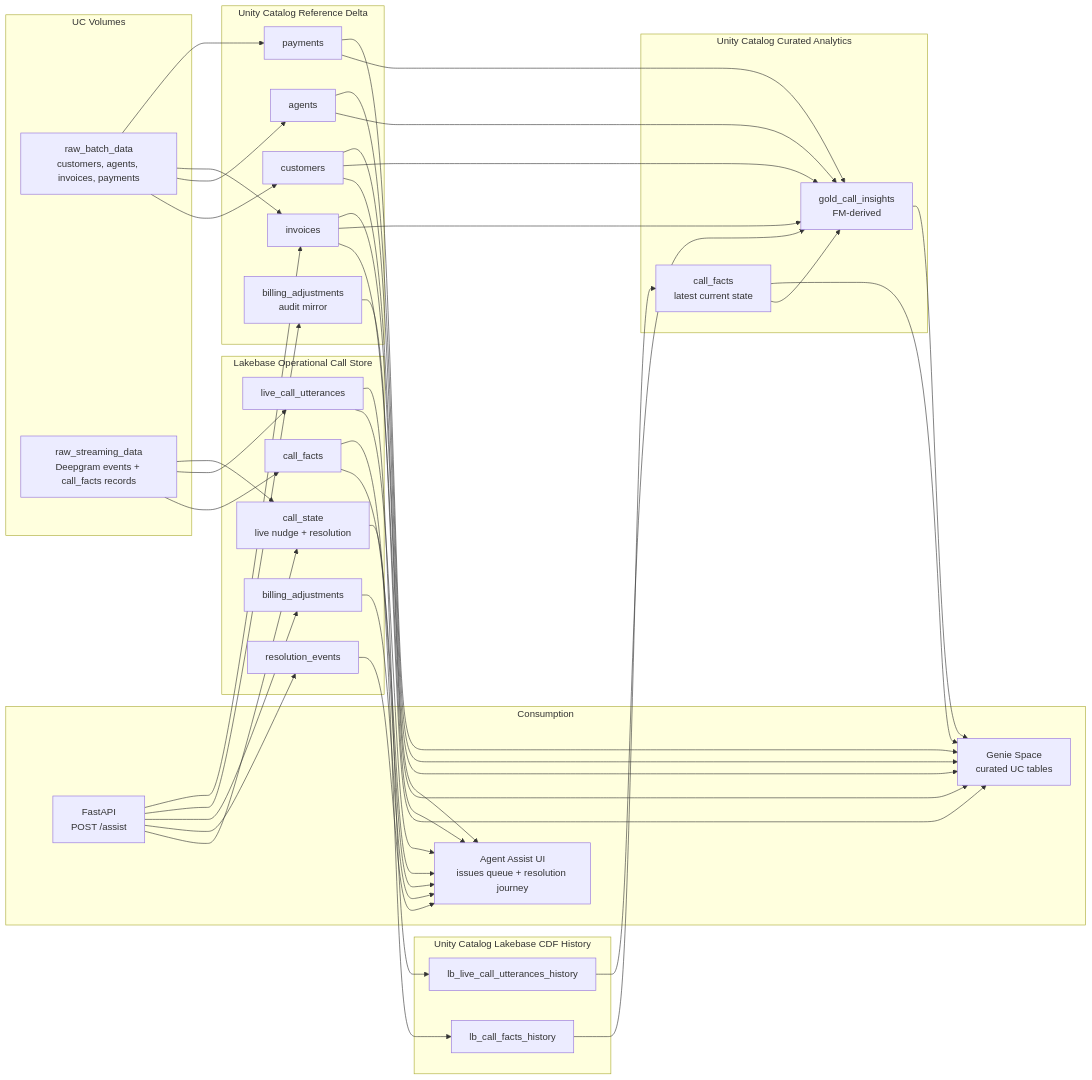
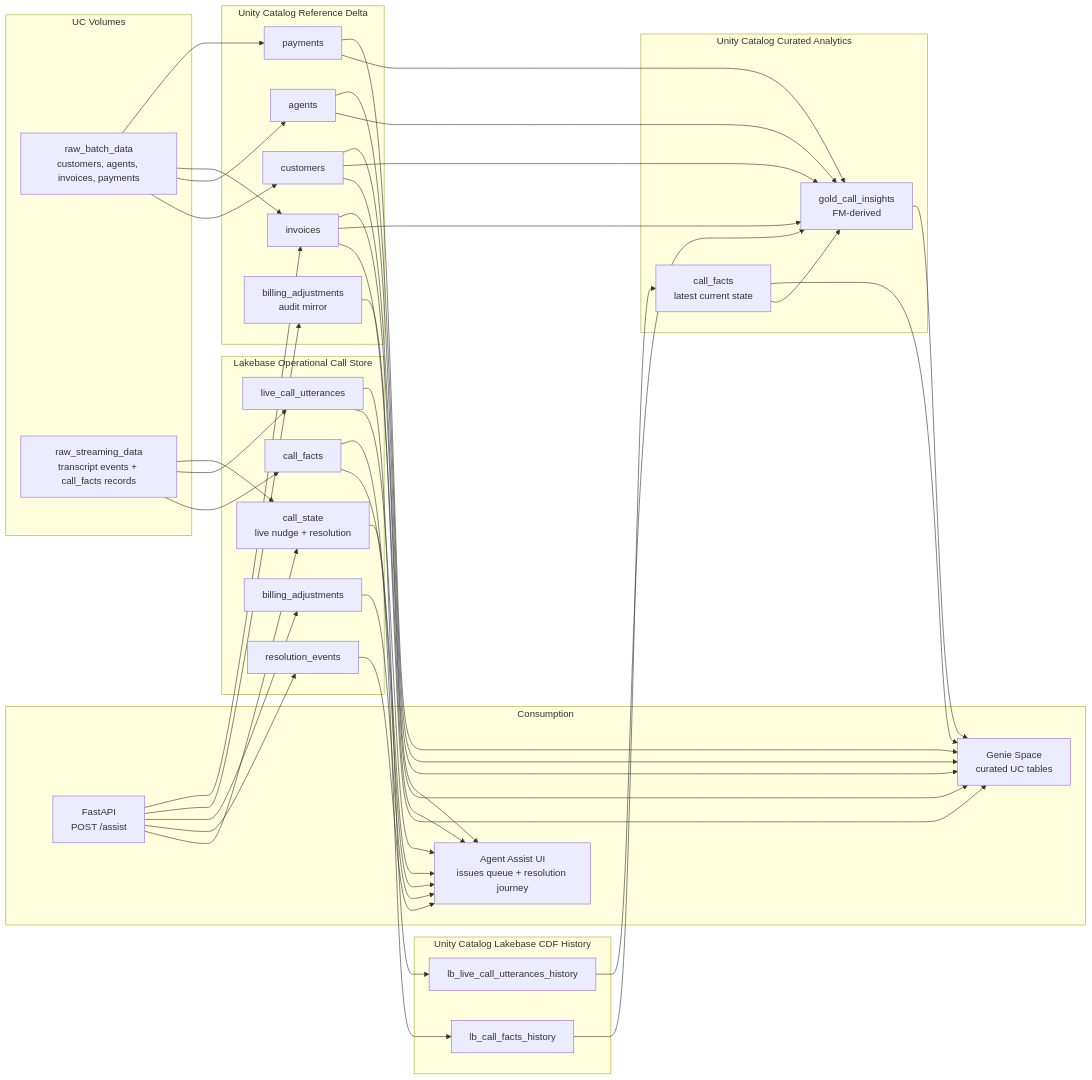
The first of 6 diagrams in docs/ARCHITECTURE.md (suneelsunkara-db/genie-voice-agent), drawn with Mermaid before and after one commit. The commit also changed other lines of this file and 49 other files, not shown here.

````diff
--- a/docs/ARCHITECTURE.md
+++ b/docs/ARCHITECTURE.md
@@ -69,80 +69,80 @@
 ```mermaid
 flowchart LR
     subgraph RAW["UC Volumes"]
         BATCH["raw_batch_data<br/>customers, agents, invoices, payments"]
-        STREAM["raw_streaming_data<br/>Deepgram events + call_facts records"]
+        STREAM["raw_streaming_data<br/>transcript events + call_facts records"]
     end
 
     subgraph UCREF["Unity Catalog Reference Delta"]
         CUSTOMERS["customers"]
         AGENTS["agents"]
         INVOICES["invoices"]
         PAYMENTS["payments"]
         BILLING["billing_adjustments<br/>audit mirror"]
     end
 
     subgraph LB["Lakebase Operational Call Store"]
         STATE["call_state<br/>live nudge + resolution"]
         LBFacts["call_facts"]
         LBTurns["live_call_utterances"]
         REV["resolution_events"]
         ADJ["billing_adjustments"]
     end
 
     subgraph HIST["Unity Catalog Lakebase CDF History"]
         HFacts["lb_call_facts_history"]
         HTurns["lb_live_call_utterances_history"]
     end
 
     subgraph CURATED["Unity Catalog Curated Analytics"]
         FACTS["call_facts<br/>latest current state"]
         GOLD["gold_call_insights<br/>FM-derived"]
     end
 
     subgraph SERVE["Consumption"]
         UI["Agent Assist UI<br/>issues queue + resolution journey"]
         API["FastAPI<br/>POST /assist"]
         GENIE["Genie Space<br/>curated UC tables"]
     end
 
     BATCH --> CUSTOMERS
     BATCH --> AGENTS
     BATCH --> INVOICES
     BATCH --> PAYMENTS
 
     STREAM --> LBFacts
     STREAM --> LBTurns
     STREAM --> STATE
 
     API --> STATE
     API --> REV
     API --> ADJ
     API --> BILLING
     API --> INVOICES
     STATE --> UI
     LBFacts --> UI
     LBTurns --> UI
     REV --> UI
     CUSTOMERS --> UI
     INVOICES --> UI
     ADJ --> UI
 
     LBFacts --> HFacts
     LBTurns --> HTurns
     HFacts --> FACTS
     HTurns --> GOLD
 
     CUSTOMERS --> GOLD
     AGENTS --> GOLD
     INVOICES --> GOLD
     PAYMENTS --> GOLD
     FACTS --> GOLD
 
     CUSTOMERS --> GENIE
     AGENTS --> GENIE
     INVOICES --> GENIE
     PAYMENTS --> GENIE
     BILLING --> GENIE
     FACTS --> GENIE
     GOLD --> GENIE
 ```
````
